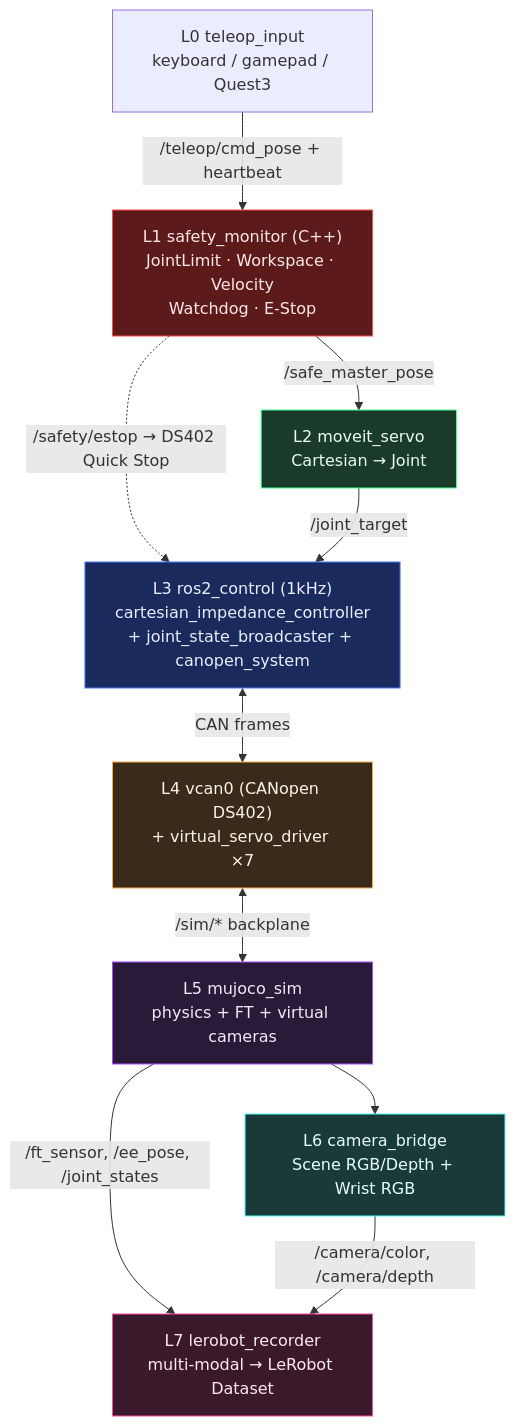
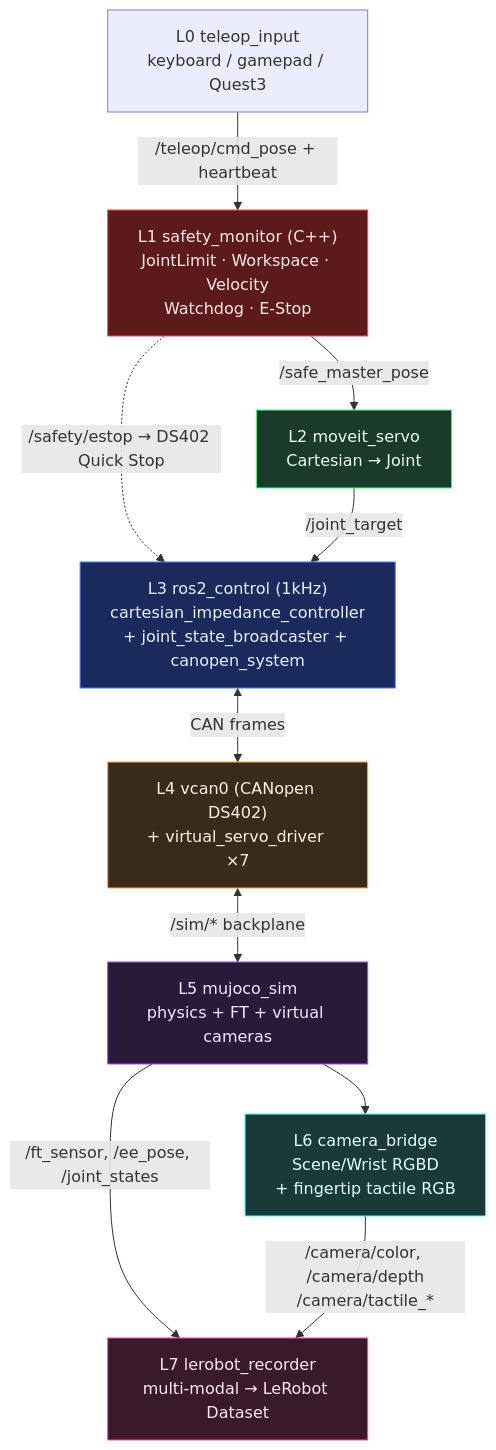
One commit to inayina/ros2-arm-teleoperation-suite changed the first of 2 diagrams in README.md. Above: the diagram before and after it, drawn with Mermaid. The commit also changed other lines of this file and 51 other files, not shown here.

````diff
--- a/README.md
+++ b/README.md
@@ -28,29 +28,29 @@
 ```mermaid
 flowchart TB
     TI["L0 teleop_input<br/>keyboard / gamepad / Quest3"]
     SM["L1 safety_monitor (C++)<br/>JointLimit · Workspace · Velocity<br/>Watchdog · E-Stop"]
     SV["L2 moveit_servo<br/>Cartesian → Joint"]
     RC["L3 ros2_control (1kHz)<br/>cartesian_impedance_controller<br/>+ joint_state_broadcaster + canopen_system"]
     FB["L4 vcan0 (CANopen DS402)<br/>+ virtual_servo_driver ×7"]
     MJ["L5 mujoco_sim<br/>physics + FT + virtual cameras"]
-    CAM["L6 camera_bridge<br/>Scene RGB/Depth + Wrist RGB"]
+    CAM["L6 camera_bridge<br/>Scene/Wrist RGBD<br/>+ fingertip tactile RGB"]
     REC["L7 lerobot_recorder<br/>multi-modal → LeRobot Dataset"]
 
     TI -->|"/teleop/cmd_pose + heartbeat"| SM
     SM -->|"/safe_master_pose"| SV
     SM -.->|"/safety/estop → DS402 Quick Stop"| RC
     SV -->|"/joint_target"| RC
     RC <-->|"CAN frames"| FB
     FB <-->|"/sim/* backplane"| MJ
     MJ -->|"/ft_sensor, /ee_pose, /joint_states"| REC
     MJ --> CAM
-    CAM -->|"/camera/color, /camera/depth"| REC
+    CAM -->|"/camera/color, /camera/depth<br/>/camera/tactile_*"| REC
 
     style SM fill:#5c1a1a,stroke:#ff4a4a,color:#fde8e8
     style SV fill:#1a3a2a,stroke:#4aff8a,color:#e8fdf0
     style RC fill:#1a2a5c,stroke:#4a7aff,color:#e8eefd
     style FB fill:#3a2a1a,stroke:#ffaa4a,color:#fdf3e8
     style MJ fill:#2a1a3a,stroke:#aa4aff,color:#f3e8fd
     style CAM fill:#1a3a3a,stroke:#4affff,color:#e8fdfd
     style REC fill:#3a1a2a,stroke:#ff4aaa,color:#fde8f3
 ```
````
